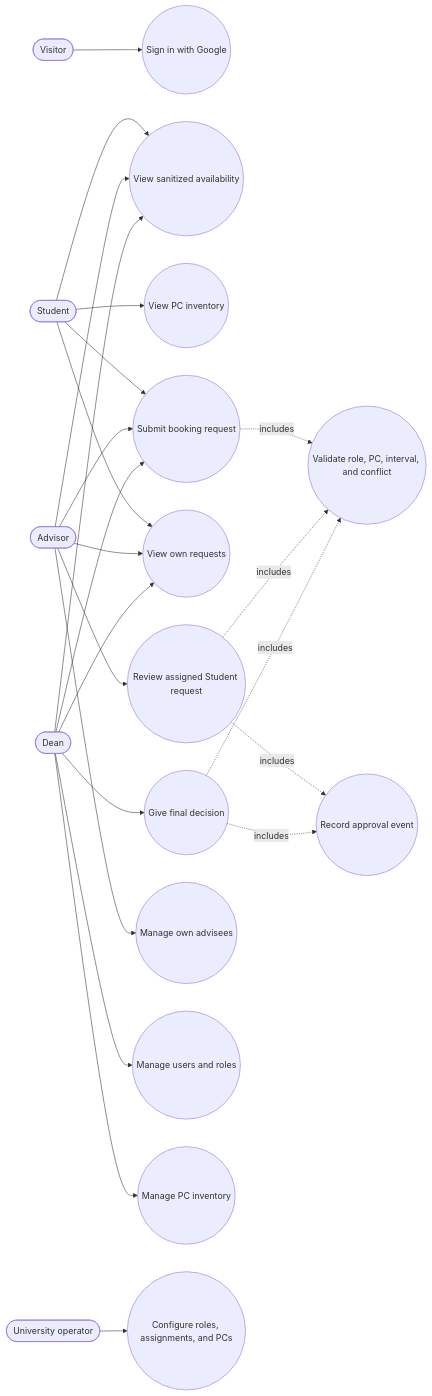
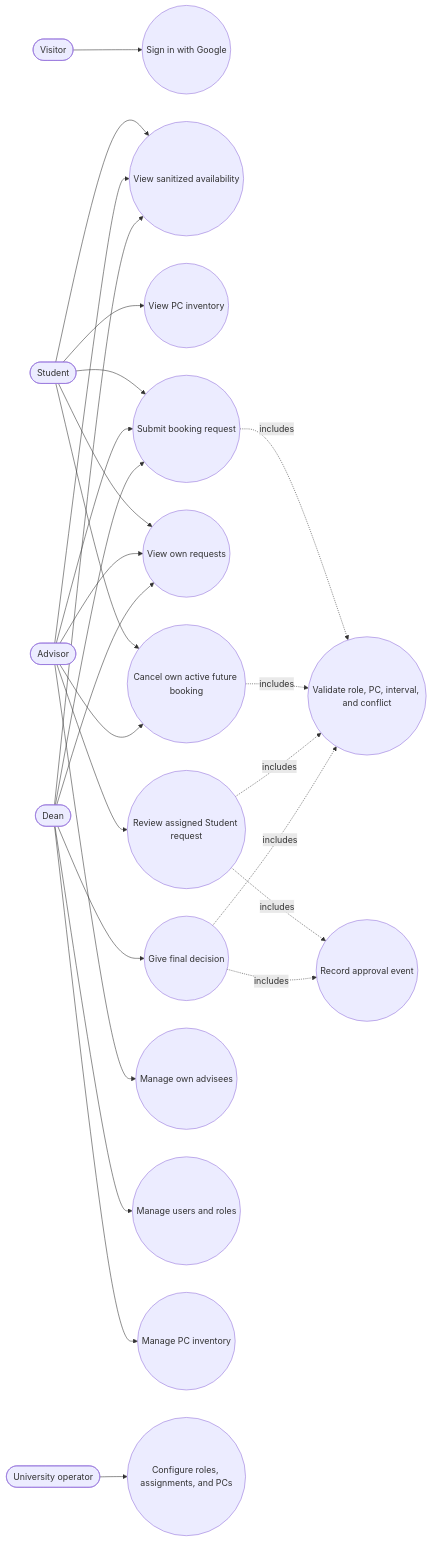
Before and after one commit to Leng201202/SE-Lab-Booking-System: the diagram in .docs/02-design/diagrams/02-use-case-diagram.md, drawn with Mermaid. The commit also changed other lines of this file and 22 other files, not shown here.

```diff
--- a/.docs/02-design/diagrams/02-use-case-diagram.md
+++ b/.docs/02-design/diagrams/02-use-case-diagram.md
@@ -3,46 +3,50 @@
 ~~~mermaid
 flowchart LR
     Visitor([Visitor])
     Student([Student])
     Advisor([Advisor])
     Dean([Dean])
     Operator([University operator])
 
     SignIn((Sign in with Google))
     Availability((View sanitized availability))
     Inventory((View PC inventory))
     Submit((Submit booking request))
     OwnRecords((View own requests))
+    Cancel((Cancel own active future booking))
     AdvisorReview((Review assigned Student request))
     DeanReview((Give final decision))
     Advisees((Manage own advisees))
     Users((Manage users and roles))
     PCs((Manage PC inventory))
     Audit((Record approval event))
     Validate((Validate role, PC, interval, and conflict))
     Configure((Configure roles, assignments, and PCs))
 
     Visitor --> SignIn
     Student --> Availability
     Student --> Inventory
     Student --> Submit
     Student --> OwnRecords
+    Student --> Cancel
     Advisor --> Availability
     Advisor --> Submit
     Advisor --> OwnRecords
+    Advisor --> Cancel
     Advisor --> AdvisorReview
     Advisor --> Advisees
     Dean --> Availability
     Dean --> Submit
     Dean --> OwnRecords
     Dean --> DeanReview
     Dean --> Users
     Dean --> PCs
     Operator --> Configure
 
     Submit -. includes .-> Validate
+    Cancel -. includes .-> Validate
     AdvisorReview -. includes .-> Audit
     DeanReview -. includes .-> Audit
     AdvisorReview -. includes .-> Validate
     DeanReview -. includes .-> Validate
 ~~~
```
